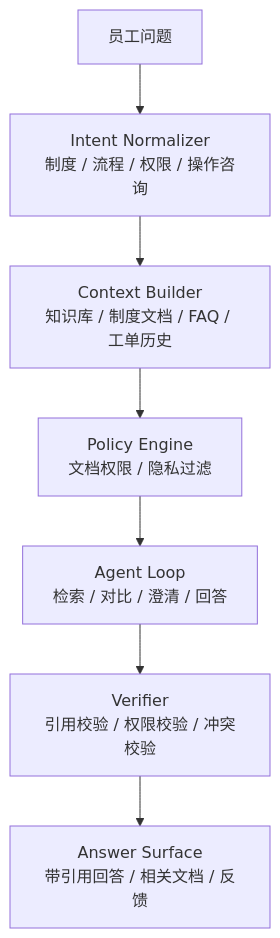
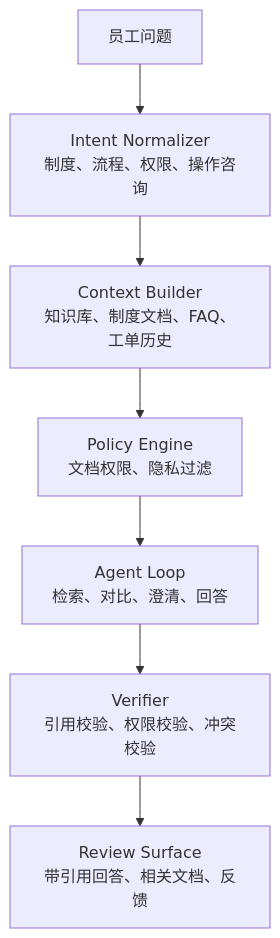
One commit to wxquare/wxquare.github.io changed diagram 13 of 13 in books/ai-book/src/part3/03-agent-runtime.md. Above: the diagram before and after it, drawn with Mermaid. The commit also changed other lines of this file and 3 other files, not shown here.

````diff
--- a/books/ai-book/src/part3/03-agent-runtime.md
+++ b/books/ai-book/src/part3/03-agent-runtime.md
@@ -3784,12 +2110,12 @@
 ```mermaid
 flowchart TD
     User["员工问题"]
-    Intent["Intent Normalizer<br/>制度 / 流程 / 权限 / 操作咨询"]
-    Context["Context Builder<br/>知识库 / 制度文档 / FAQ / 工单历史"]
-    Policy["Policy Engine<br/>文档权限 / 隐私过滤"]
-    Loop["Agent Loop<br/>检索 / 对比 / 澄清 / 回答"]
-    Verify["Verifier<br/>引用校验 / 权限校验 / 冲突校验"]
-    Review["Answer Surface<br/>带引用回答 / 相关文档 / 反馈"]
+    Intent["Intent Normalizer<br/>制度、流程、权限、操作咨询"]
+    Context["Context Builder<br/>知识库、制度文档、FAQ、工单历史"]
+    Policy["Policy Engine<br/>文档权限、隐私过滤"]
+    Loop["Agent Loop<br/>检索、对比、澄清、回答"]
+    Verify["Verifier<br/>引用校验、权限校验、冲突校验"]
+    Review["Review Surface<br/>带引用回答、相关文档、反馈"]
 
     User --> Intent --> Context --> Policy --> Loop --> Verify --> Review
 ```
````
